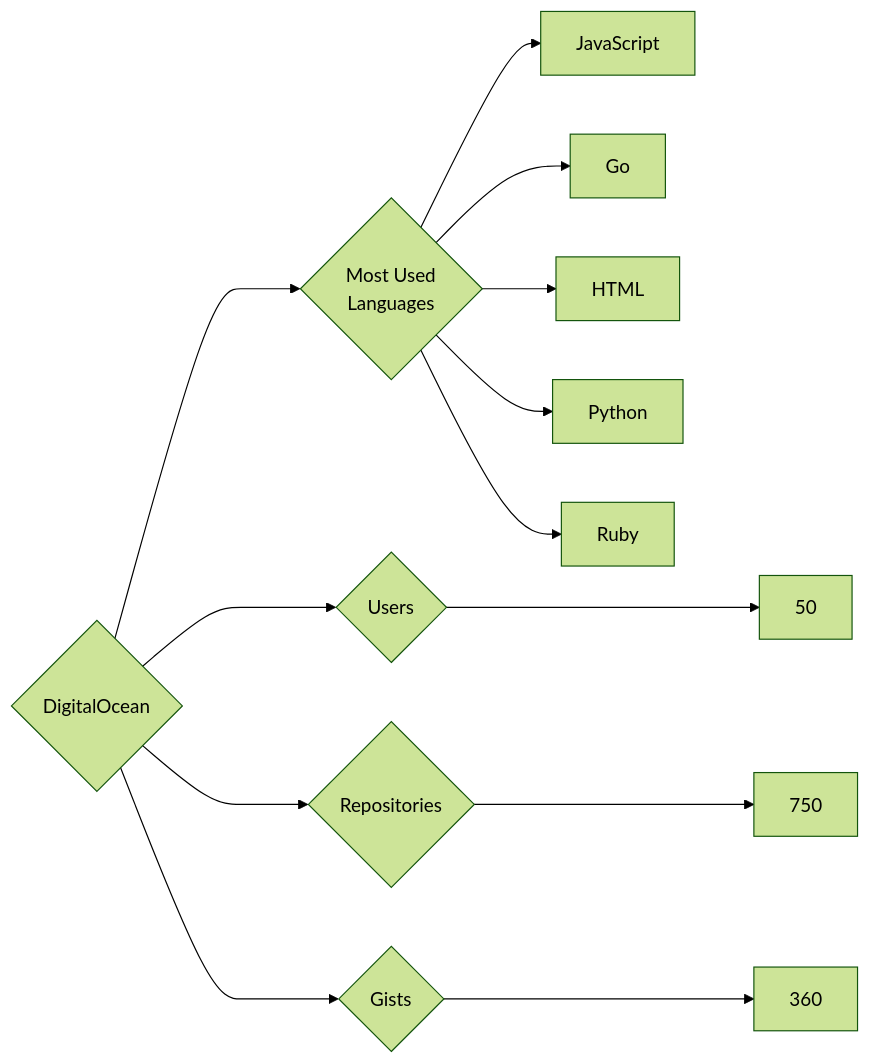
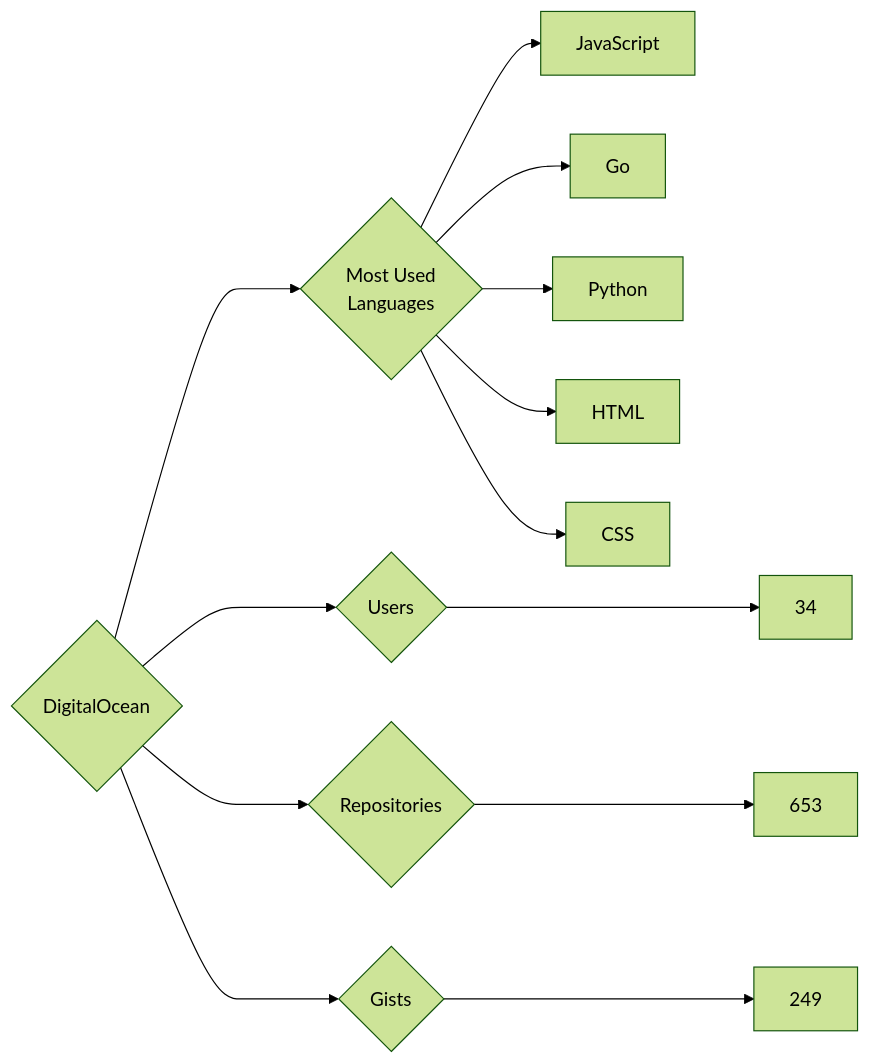
One commit to trickest/insiders changed the diagram in targets/DigitalOcean/README.md. Above: the diagram before and after it, drawn with Mermaid (forest theme). The commit also changed 951 other files, not shown here.

````diff
--- a/targets/DigitalOcean/README.md
+++ b/targets/DigitalOcean/README.md
@@ -3,13 +3,13 @@
 ```mermaid
 graph LR
 COMPANY_NAME{DigitalOcean}
-COMPANY_NAME ---> U{Users} ---> UN[50]
-COMPANY_NAME ---> R{Repositories} ---> RN[750]
-COMPANY_NAME ---> G{Gists} ---> GN[360]
+COMPANY_NAME ---> U{Users} ---> UN[34]
+COMPANY_NAME ---> R{Repositories} ---> RN[653]
+COMPANY_NAME ---> G{Gists} ---> GN[249]
 COMPANY_NAME ---> ML{Most Used<br>Languages}
 ML --> JavaScript[JavaScript]
 ML --> Go[Go]
+ML --> Python[Python]
 ML --> HTML[HTML]
-ML --> Python[Python]
-ML --> Ruby[Ruby]
+ML --> CSS[CSS]
 ```
````
